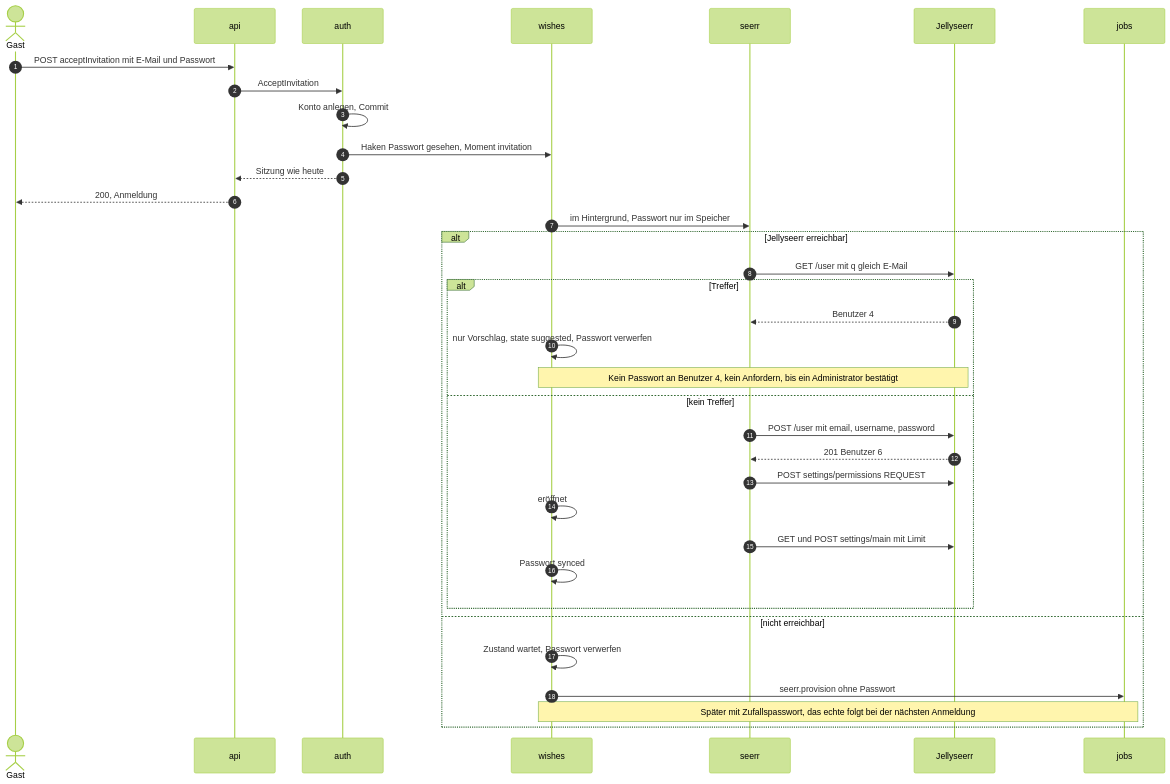
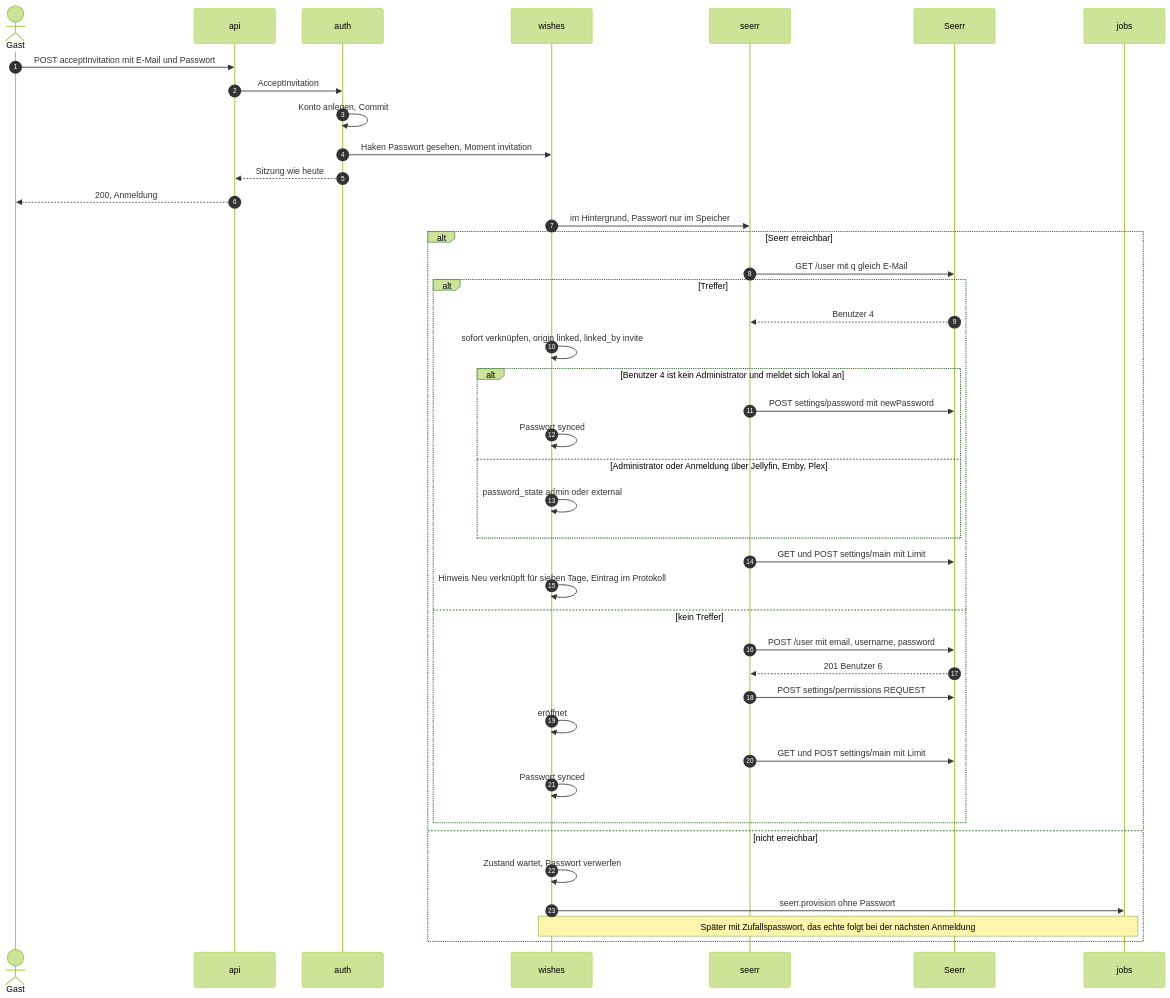
The seventh of 12 diagrams in docs/planning/25-medienwuensche/03-architektur.md (SlouchCat/slouchcat), drawn with Mermaid (forest theme) before and after one commit. The commit also changed other lines of this file and 30 other files, not shown here.

````diff
--- a/docs/planning/25-medienwuensche/03-architektur.md
+++ b/docs/planning/25-medienwuensche/03-architektur.md
@@ -1244,38 +1251,45 @@
 ```mermaid
 sequenceDiagram
   autonumber
   actor G as Gast
   participant A as api
   participant AU as auth
   participant W as wishes
   participant S as seerr
-  participant J as Jellyseerr
+  participant J as Seerr
   participant Q as jobs
 
   G->>A: POST acceptInvitation mit E-Mail und Passwort
   A->>AU: AcceptInvitation
   AU->>AU: Konto anlegen, Commit
   AU->>W: Haken Passwort gesehen, Moment invitation
   AU-->>A: Sitzung wie heute
   A-->>G: 200, Anmeldung
   W->>S: im Hintergrund, Passwort nur im Speicher
-  alt Jellyseerr erreichbar
+  alt Seerr erreichbar
     S->>J: GET /user mit q gleich E-Mail
     alt Treffer
       J-->>S: Benutzer 4
-      W->>W: nur Vorschlag, state suggested, Passwort verwerfen
-      Note over W,J: Kein Passwort an Benutzer 4, kein Anfordern, bis ein Administrator bestätigt
+      W->>W: sofort verknüpfen, origin linked, linked_by invite
+      alt Benutzer 4 ist kein Administrator und meldet sich lokal an
+        S->>J: POST settings/password mit newPassword
+        W->>W: Passwort synced
+      else Administrator oder Anmeldung über Jellyfin, Emby, Plex
+        W->>W: password_state admin oder external
+      end
+      S->>J: GET und POST settings/main mit Limit
+      W->>W: Hinweis Neu verknüpft für sieben Tage, Eintrag im Protokoll
     else kein Treffer
       S->>J: POST /user mit email, username, password
       J-->>S: 201 Benutzer 6
       S->>J: POST settings/permissions REQUEST
       W->>W: eröffnet
       S->>J: GET und POST settings/main mit Limit
       W->>W: Passwort synced
     end
   else nicht erreichbar
     W->>W: Zustand wartet, Passwort verwerfen
     W->>Q: seerr.provision ohne Passwort
     Note over W,Q: Später mit Zufallspasswort, das echte folgt bei der nächsten Anmeldung
   end
 ```
````
